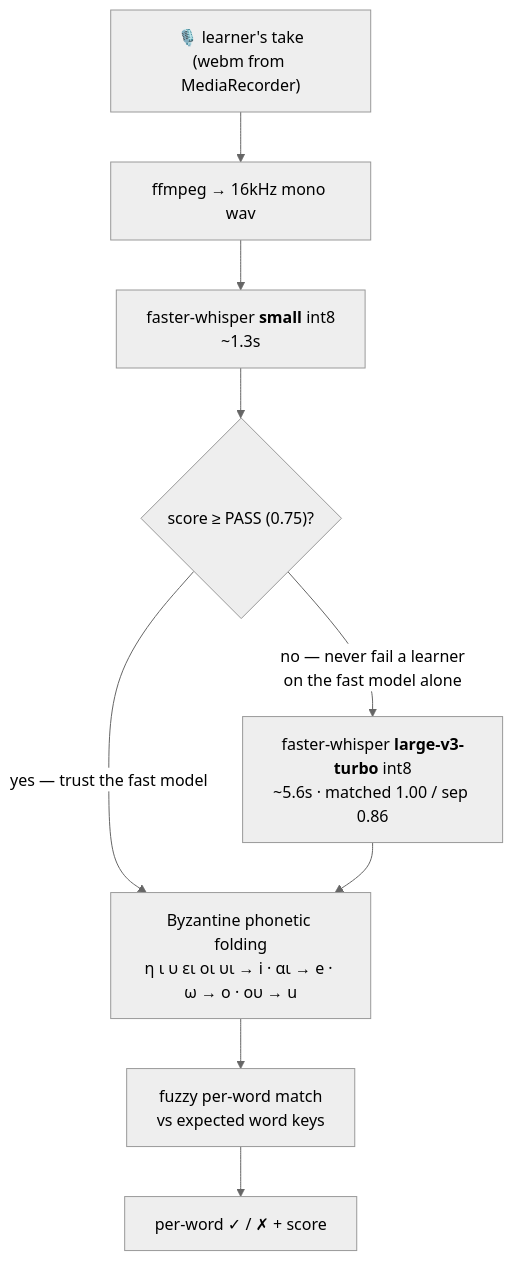
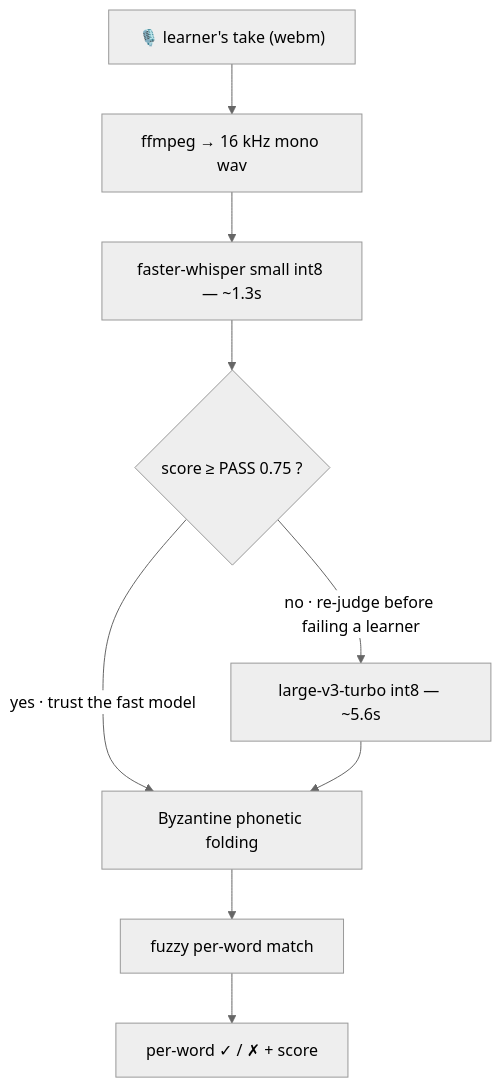
Before and after one commit to waifuisalie/Ortholingo: the diagram in docs/ARCHITECTURE.md, drawn with Mermaid (neutral theme). The commit also changed other lines of this file and 1 other file, not shown here.

First paragraph of the commit message:
docs: make the architecture diagram readable
The first version rendered as scattered boxes with run-together labels. Two
causes, both mine:

````diff
--- a/docs/ARCHITECTURE.md
+++ b/docs/ARCHITECTURE.md
@@ -14,16 +14,20 @@
 ```mermaid
 flowchart TB
-    TAKE["🎙️ learner's take<br/>(webm from MediaRecorder)"]
-    FF["ffmpeg → 16kHz mono wav"]
-    FAST["faster-whisper <b>small</b> int8<br/>~1.3s"]
-    Q{"score ≥ PASS (0.75)?"}
-    CARE["faster-whisper <b>large-v3-turbo</b> int8<br/>~5.6s · matched 1.00 / sep 0.86"]
-    FOLD["Byzantine phonetic folding<br/>η ι υ ει οι υι → i · αι → e · ω → ο · ου → u"]
-    DIFF["fuzzy per-word match<br/>vs expected word keys"]
+    TAKE["🎙️ learner's take (webm)"]
+    FF["ffmpeg → 16 kHz mono wav"]
+    FAST["faster-whisper small int8 — ~1.3s"]
+    Q{"score ≥ PASS 0.75 ?"}
+    CARE["large-v3-turbo int8 — ~5.6s"]
+    FOLD["Byzantine phonetic folding"]
+    DIFF["fuzzy per-word match"]
     OUT["per-word ✓ / ✗ + score"]
 
-    TAKE --> FF --> FAST --> Q
-    Q -->|"yes — trust the fast model"| FOLD
-    Q -->|"no — never fail a learner<br/>on the fast model alone"| CARE --> FOLD
-    FOLD --> DIFF --> OUT
+    TAKE --> FF
+    FF --> FAST
+    FAST --> Q
+    Q -->|"yes · trust the fast model"| FOLD
+    Q -->|"no · re-judge before failing a learner"| CARE
+    CARE --> FOLD
+    FOLD --> DIFF
+    DIFF --> OUT
 ```
````
